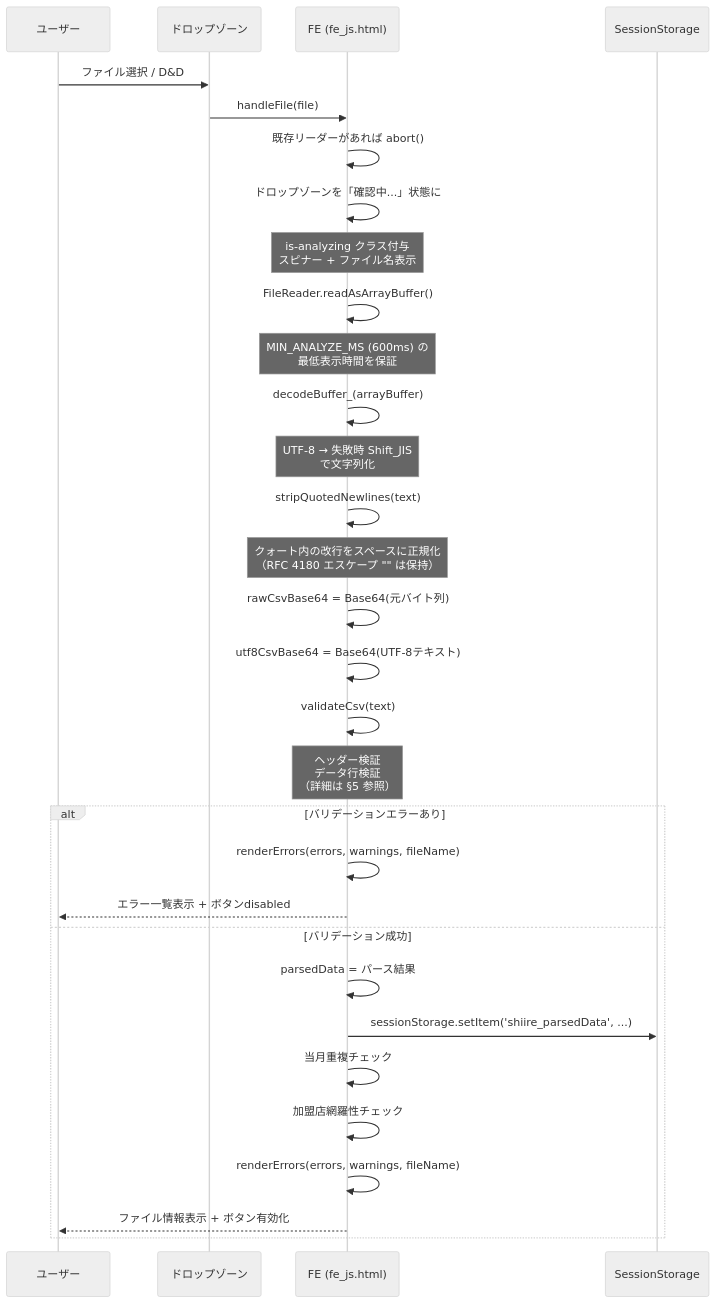
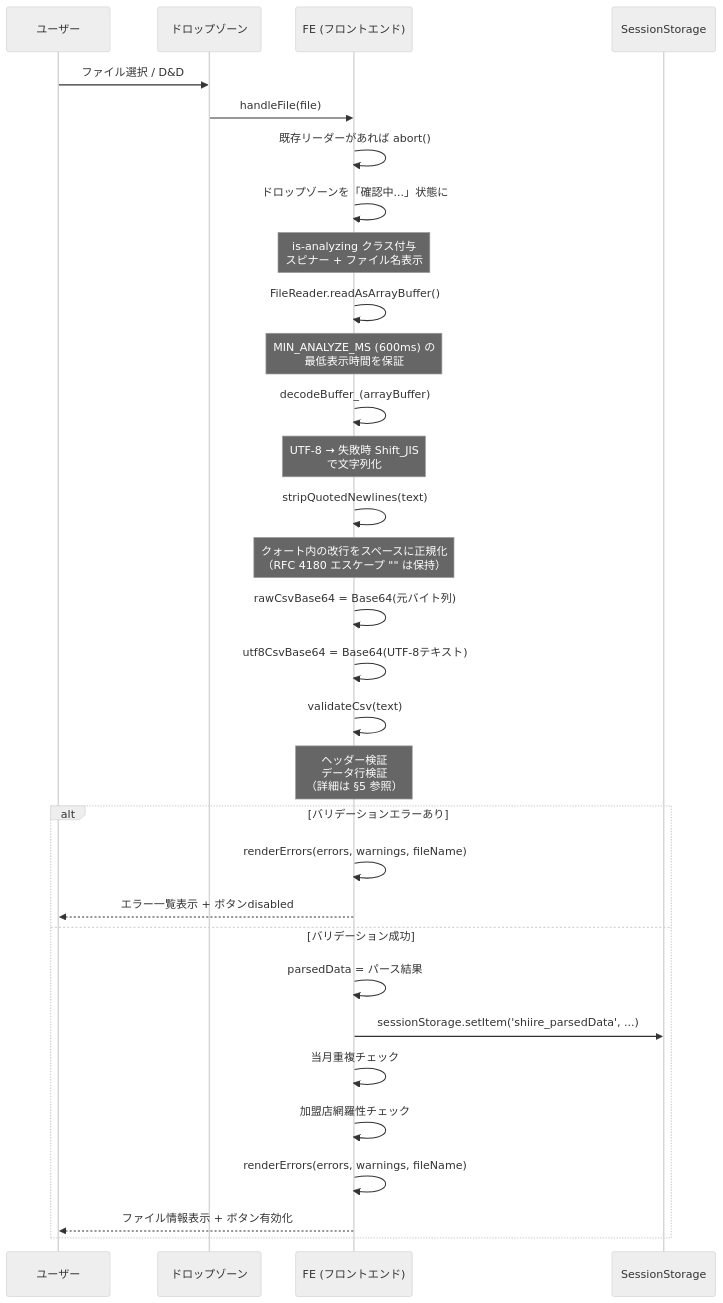
The third of 7 diagrams in docs/specifications/02_csv_upload_page.md (USEN-PAY-Products/connect-wholesale-gas-poc), drawn with Mermaid (neutral theme) before and after one commit. The commit also changed other lines of this file and 19 other files, not shown here.

````diff
--- a/docs/specifications/02_csv_upload_page.md
+++ b/docs/specifications/02_csv_upload_page.md
@@ -166,41 +167,41 @@
 ```mermaid
 sequenceDiagram
     participant U as ユーザー
     participant DZ as ドロップゾーン
-    participant FE as FE (fe_js.html)
+    participant FE as FE (フロントエンド)
     participant SS as SessionStorage
 
     U->>DZ: ファイル選択 / D&D
     DZ->>FE: handleFile(file)
 
     FE->>FE: 既存リーダーがあれば abort()
     FE->>FE: ドロップゾーンを「確認中...」状態に
     Note over FE: is-analyzing クラス付与<br/>スピナー + ファイル名表示
 
     FE->>FE: FileReader.readAsArrayBuffer()
     Note over FE: MIN_ANALYZE_MS (600ms) の<br/>最低表示時間を保証
 
     FE->>FE: decodeBuffer_(arrayBuffer)
     Note over FE: UTF-8 → 失敗時 Shift_JIS<br/>で文字列化
 
     FE->>FE: stripQuotedNewlines(text)
     Note over FE: クォート内の改行をスペースに正規化<br/>（RFC 4180 エスケープ "" は保持）
 
     FE->>FE: rawCsvBase64 = Base64(元バイト列)
     FE->>FE: utf8CsvBase64 = Base64(UTF-8テキスト)
 
     FE->>FE: validateCsv(text)
     Note over FE: ヘッダー検証<br/>データ行検証<br/>（詳細は §5 参照）
 
     alt バリデーションエラーあり
         FE->>FE: renderErrors(errors, warnings, fileName)
         FE-->>U: エラー一覧表示 + ボタンdisabled
     else バリデーション成功
         FE->>FE: parsedData = パース結果
         FE->>SS: sessionStorage.setItem('shiire_parsedData', ...)
         FE->>FE: 当月重複チェック
         FE->>FE: 加盟店網羅性チェック
         FE->>FE: renderErrors(errors, warnings, fileName)
         FE-->>U: ファイル情報表示 + ボタン有効化
     end
 ```
````
